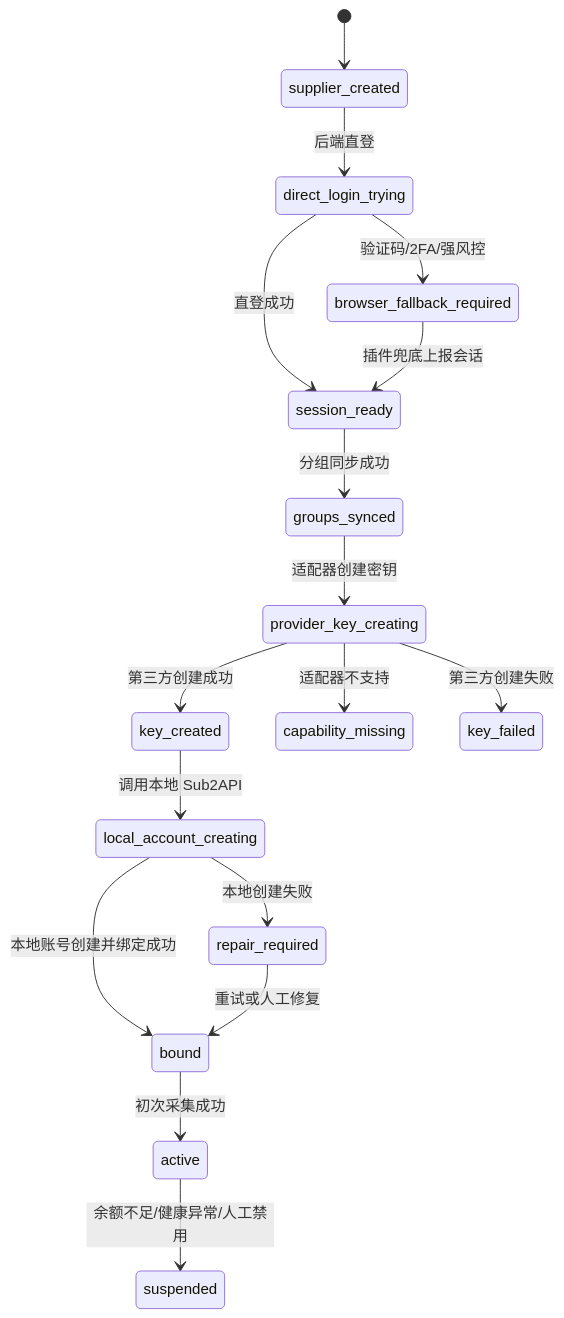
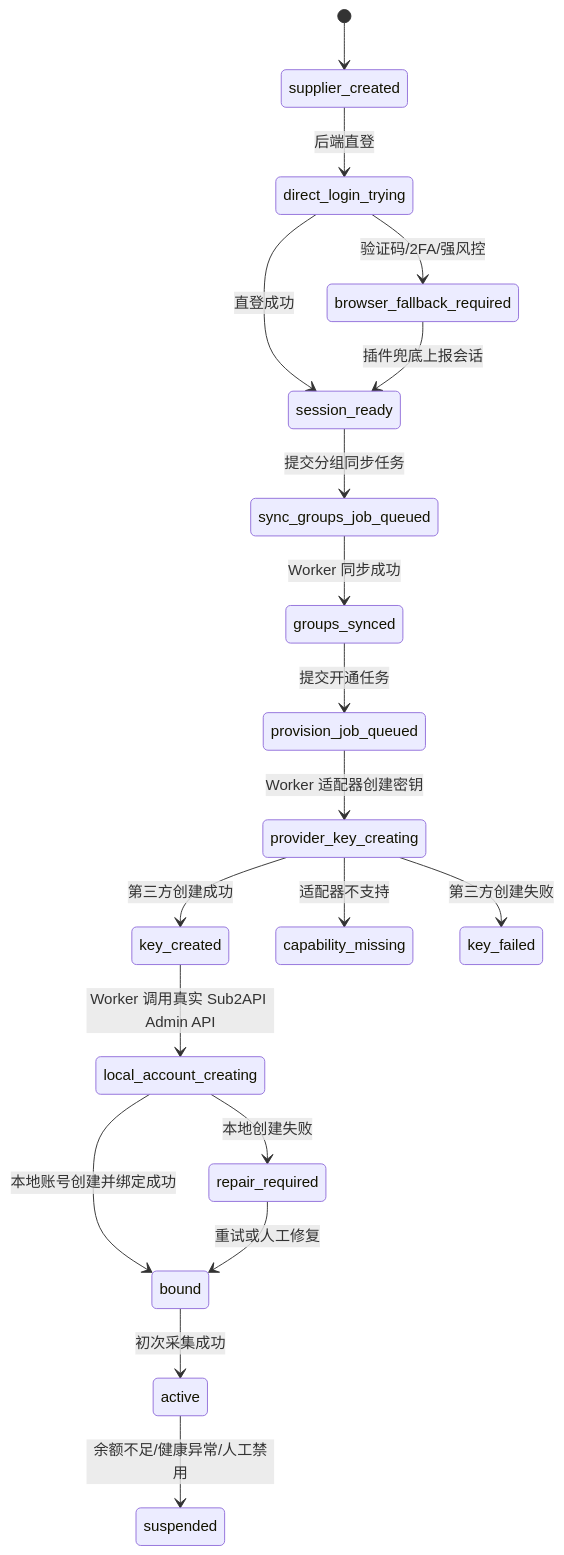
One commit to openrelayllm/superllm changed diagram 20 of 20 in docs/roadmap/accounts/README.md. Above: the diagram before and after it, drawn with Mermaid. The commit also changed other lines of this file and 147 other files, not shown here.

````diff
--- a/docs/roadmap/accounts/README.md
+++ b/docs/roadmap/accounts/README.md
@@ -1389,19 +1478,21 @@
 ```mermaid
 stateDiagram-v2
   [*] --> supplier_created
   supplier_created --> direct_login_trying: 后端直登
   direct_login_trying --> session_ready: 直登成功
   direct_login_trying --> browser_fallback_required: 验证码/2FA/强风控
   browser_fallback_required --> session_ready: 插件兜底上报会话
-  session_ready --> groups_synced: 分组同步成功
-  groups_synced --> provider_key_creating: 适配器创建密钥
+  session_ready --> sync_groups_job_queued: 提交分组同步任务
+  sync_groups_job_queued --> groups_synced: Worker 同步成功
+  groups_synced --> provision_job_queued: 提交开通任务
+  provision_job_queued --> provider_key_creating: Worker 适配器创建密钥
   provider_key_creating --> key_created: 第三方创建成功
   provider_key_creating --> capability_missing: 适配器不支持
   provider_key_creating --> key_failed: 第三方创建失败
-  key_created --> local_account_creating: 调用本地 Sub2API
+  key_created --> local_account_creating: Worker 调用真实 Sub2API Admin API
   local_account_creating --> bound: 本地账号创建并绑定成功
   local_account_creating --> repair_required: 本地创建失败
   repair_required --> bound: 重试或人工修复
   bound --> active: 初次采集成功
   active --> suspended: 余额不足/健康异常/人工禁用
 ```
````
